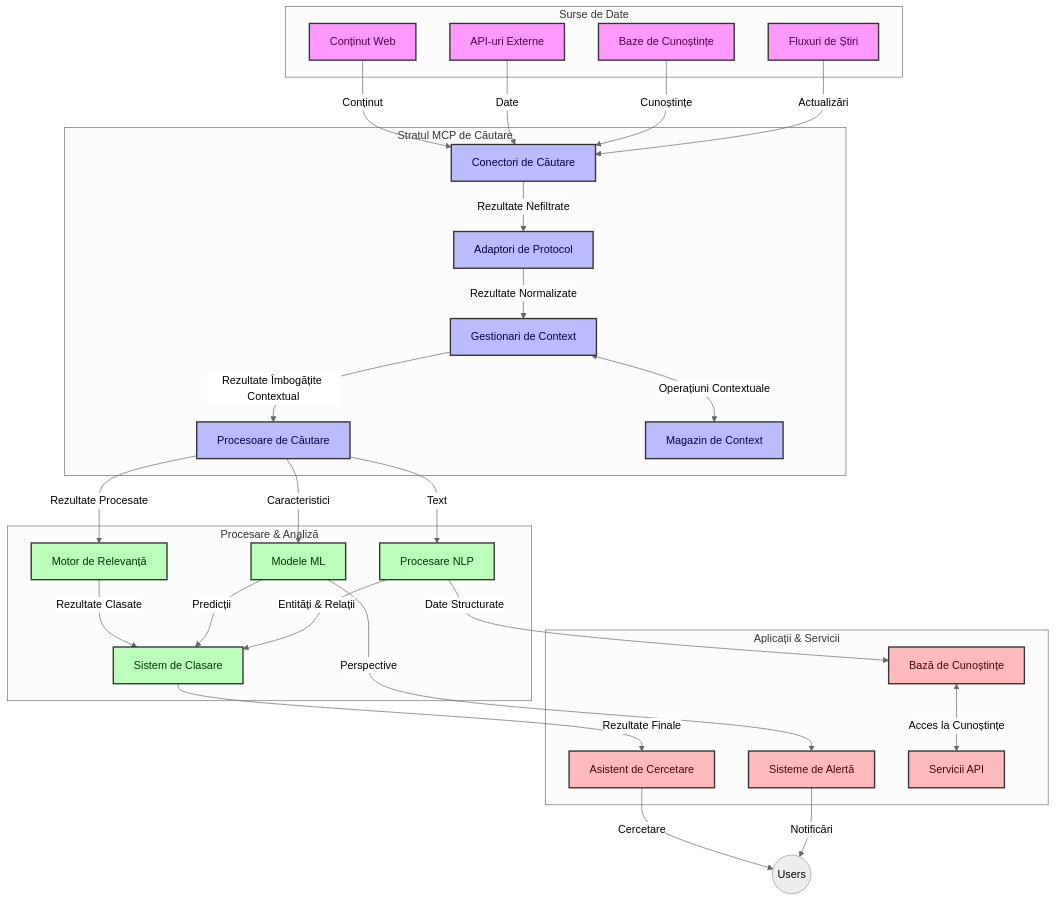
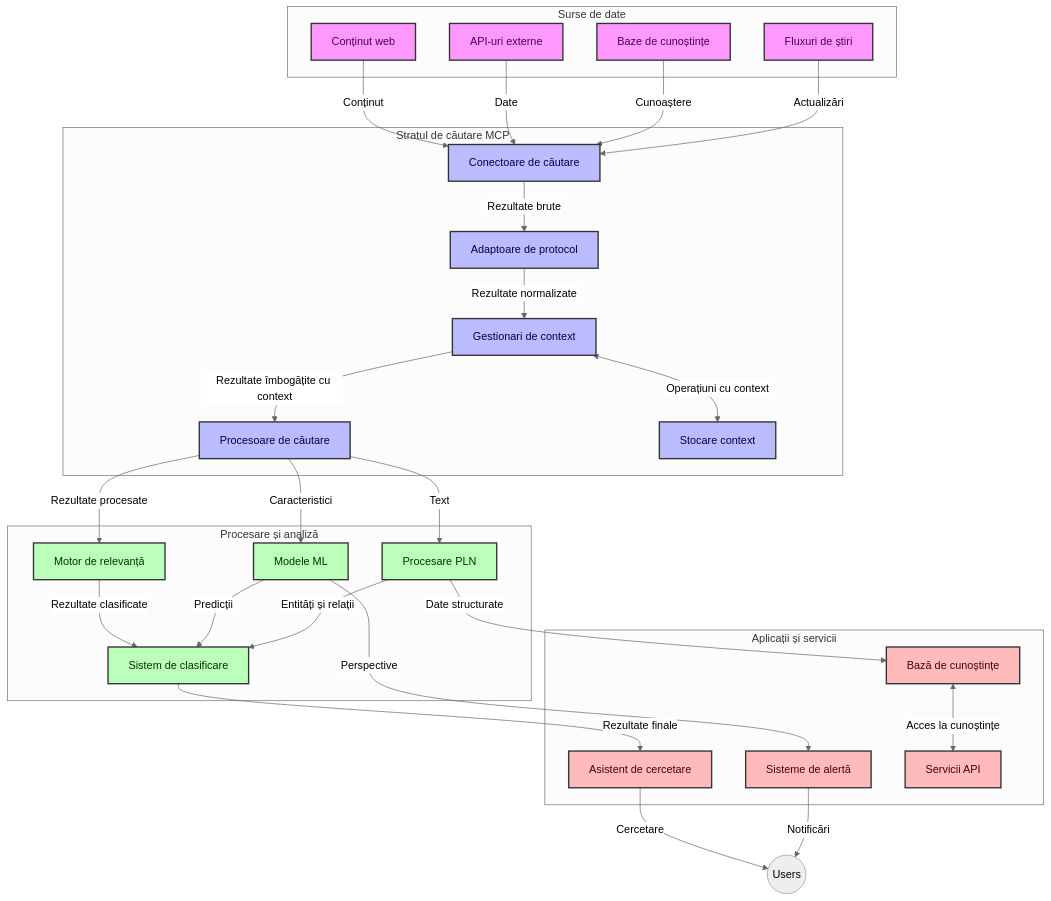
The first of 4 diagrams in translations/ro/05-AdvancedTopics/mcp-realtimesearch/README.md (microsoft/mcp-for-beginners), drawn with Mermaid (neutral theme) before and after one commit. The commit also changed other lines of this file and 145 other files, not shown here.

````diff
--- a/translations/ro/05-AdvancedTopics/mcp-realtimesearch/README.md
+++ b/translations/ro/05-AdvancedTopics/mcp-realtimesearch/README.md
@@ -109,66 +109,66 @@
 ```mermaid
 graph TD
-    subgraph "Surse de Date"
-        Web[Conținut Web]
-        APIs[API-uri Externe]
-        DB[Baze de Cunoștințe]
-        News[Fluxuri de Știri]
+    subgraph "Surse de date"
+        Web[Conținut web]
+        APIs[API-uri externe]
+        DB[Baze de cunoștințe]
+        News[Fluxuri de știri]
     end
 
-    subgraph "Stratul MCP de Căutare"
-        SC[Conectori de Căutare]
-        PA[Adaptori de Protocol]
-        CH[Gestionari de Context]
-        SP[Procesoare de Căutare]
-        CS[Magazin de Context]
+    subgraph "Stratul de căutare MCP"
+        SC[Conectoare de căutare]
+        PA[Adaptoare de protocol]
+        CH[Gestionari de context]
+        SP[Procesoare de căutare]
+        CS[Stocare context]
     end
 
-    subgraph "Procesare & Analiză"
-        RE[Motor de Relevanță]
+    subgraph "Procesare și analiză"
+        RE[Motor de relevanță]
         ML[Modele ML]
-        NLP[Procesare NLP]
-        Rank[Sistem de Clasare]
+        NLP[Procesare PLN]
+        Rank[Sistem de clasificare]
     end
 
-    subgraph "Aplicații & Servicii"
-        RA[Asistent de Cercetare]
-        Alerts[Sisteme de Alertă]
-        KB[Bază de Cunoștințe]
+    subgraph "Aplicații și servicii"
+        RA[Asistent de cercetare]
+        Alerts[Sisteme de alertă]
+        KB[Bază de cunoștințe]
         API[Servicii API]
     end
 
     Web -->|Conținut| SC
     APIs -->|Date| SC
-    DB -->|Cunoștințe| SC
+    DB -->|Cunoaștere| SC
     News -->|Actualizări| SC
     
-    SC -->|Rezultate Nefiltrate| PA
-    PA -->|Rezultate Normalizate| CH
-    CH <-->|Operațiuni Contextuale| CS
-    CH -->|Rezultate Îmbogățite Contextual| SP
-    SP -->|Rezultate Procesate| RE
+    SC -->|Rezultate brute| PA
+    PA -->|Rezultate normalizate| CH
+    CH <-->|Operațiuni cu context| CS
+    CH -->|Rezultate îmbogățite cu context| SP
+    SP -->|Rezultate procesate| RE
     SP -->|Caracteristici| ML
     SP -->|Text| NLP
     
-    RE -->|Rezultate Clasate| Rank
+    RE -->|Rezultate clasificate| Rank
     ML -->|Predicții| Rank
-    NLP -->|Entități & Relații| Rank
+    NLP -->|Entități și relații| Rank
     
-    Rank -->|Rezultate Finale| RA
+    Rank -->|Rezultate finale| RA
     ML -->|Perspective| Alerts
-    NLP -->|Date Structurate| KB
+    NLP -->|Date structurate| KB
     
     RA -->|Cercetare| Users((Users))
     Alerts -->|Notificări| Users
-    KB <-->|Acces la Cunoștințe| API
+    KB <-->|Acces la cunoștințe| API
 
     classDef sources fill:#f9f,stroke:#333,stroke-width:2px,color:#4a004a
     classDef mcp fill:#bbf,stroke:#333,stroke-width:2px,color:#00004a
     classDef processing fill:#bfb,stroke:#333,stroke-width:2px,color:#003300
     classDef apps fill:#fbb,stroke:#333,stroke-width:2px,color:#4a0000
     
     class Web,APIs,DB,News sources
     class SC,PA,CH,SP,CS mcp
     class RE,ML,NLP,Rank processing
     class RA,Alerts,KB,API apps
 ```
````
